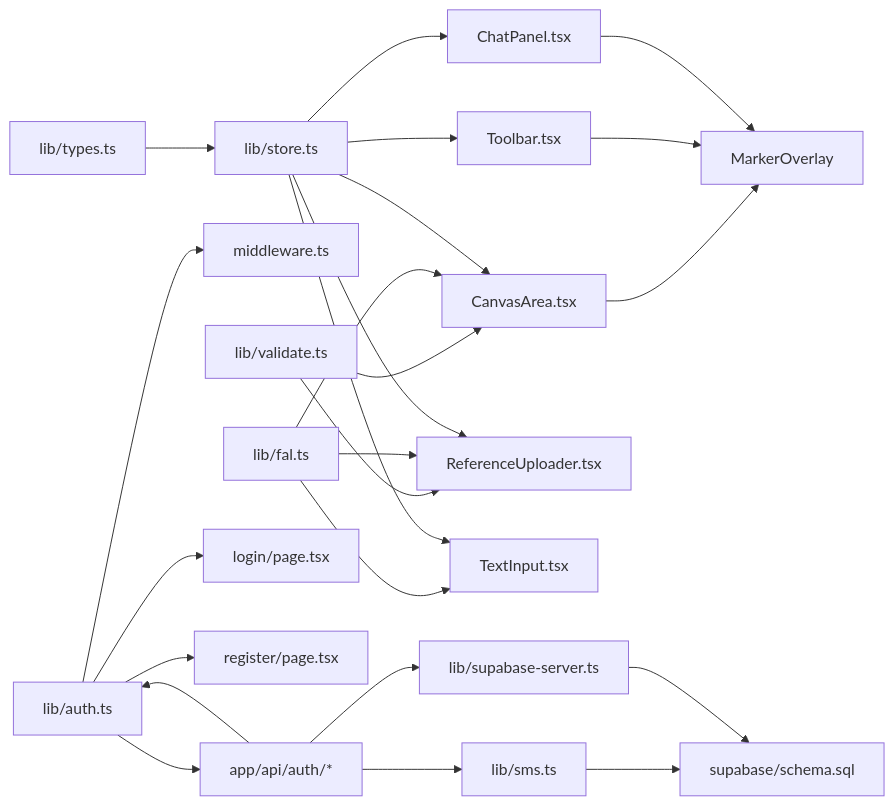
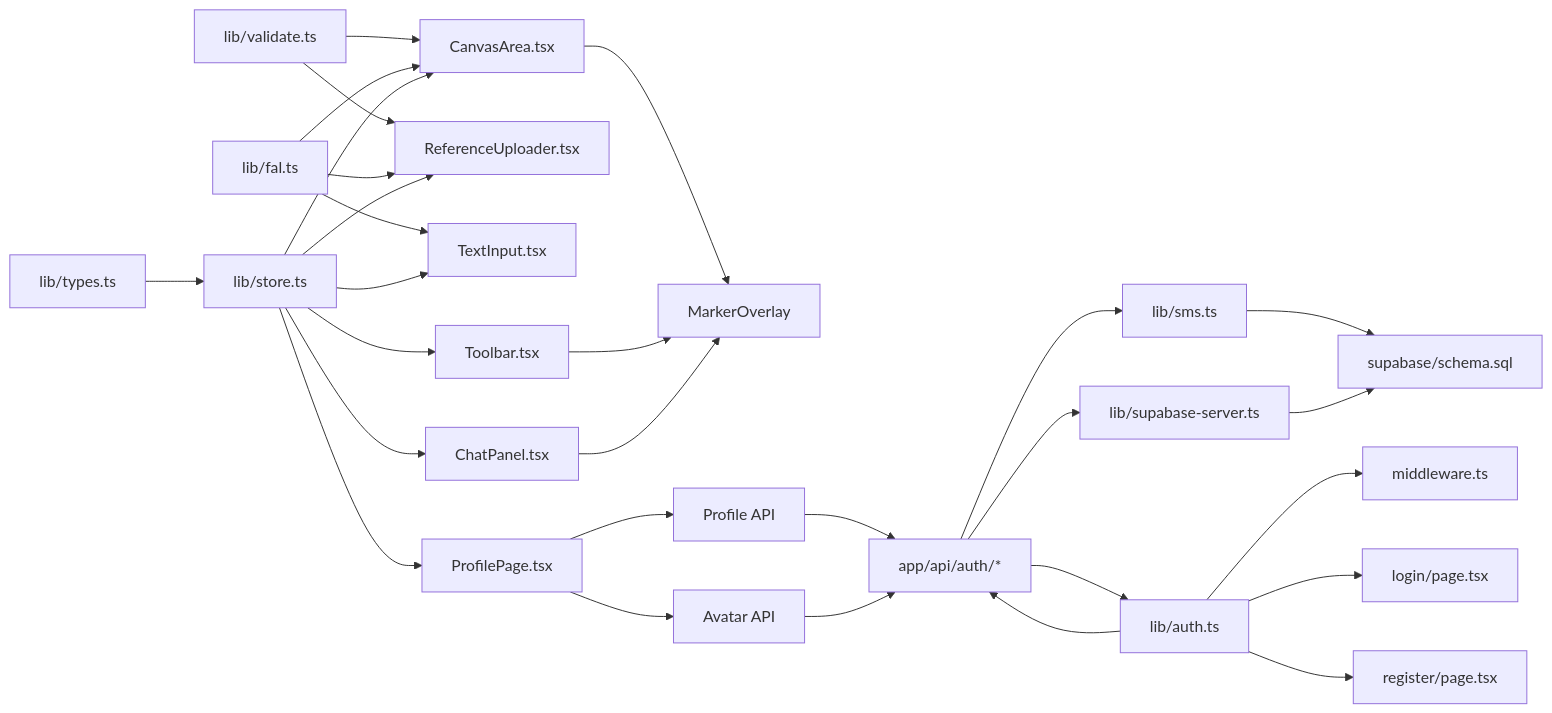
Before and after one commit to billye220670/BananaFlow2: the tenth of 10 diagrams in .qoder/repowiki/zh/content/数据模型.md, drawn with Mermaid. The commit also changed other lines of this file and 19 other files, not shown here.

````diff
--- a/.qoder/repowiki/zh/content/数据模型.md
+++ b/.qoder/repowiki/zh/content/数据模型.md
@@ -748,26 +794,31 @@
 ```mermaid
 graph LR
 Types["lib/types.ts"] --> Store["lib/store.ts"]
 Auth["lib/auth.ts"] --> Middleware["middleware.ts"]
 SMS["lib/sms.ts"] --> DB["supabase/schema.sql"]
 Supabase["lib/supabase-server.ts"] --> DB
 Validate["lib/validate.ts"] --> Canvas["CanvasArea.tsx"]
 Validate --> RefUp["ReferenceUploader.tsx"]
 FAL["lib/fal.ts"] --> Canvas
 FAL --> RefUp
 FAL --> Text["TextInput.tsx"]
 Store --> Canvas
 Store --> RefUp
 Store --> Text
 Store --> Toolbar["Toolbar.tsx"]
 Store --> ChatPanel["ChatPanel.tsx"]
+Store --> Profile["ProfilePage.tsx"]
 Canvas --> MarkerOverlay["MarkerOverlay"]
 Toolbar --> MarkerOverlay
 ChatPanel --> MarkerOverlay
+Profile --> ProfileAPI["Profile API"]
+Profile --> AvatarAPI["Avatar API"]
 Auth --> Login["login/page.tsx"]
 Auth --> Register["register/page.tsx"]
 Auth --> API["app/api/auth/*"]
+ProfileAPI --> API
+AvatarAPI --> API
 API --> Supabase
 API --> SMS
 API --> Auth
 ```
````
